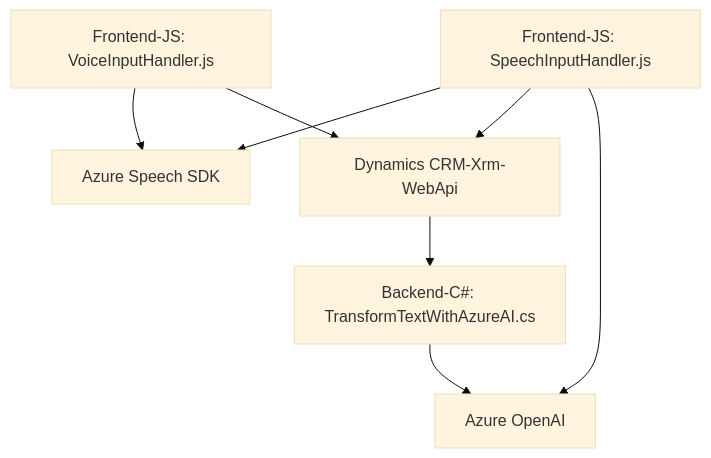
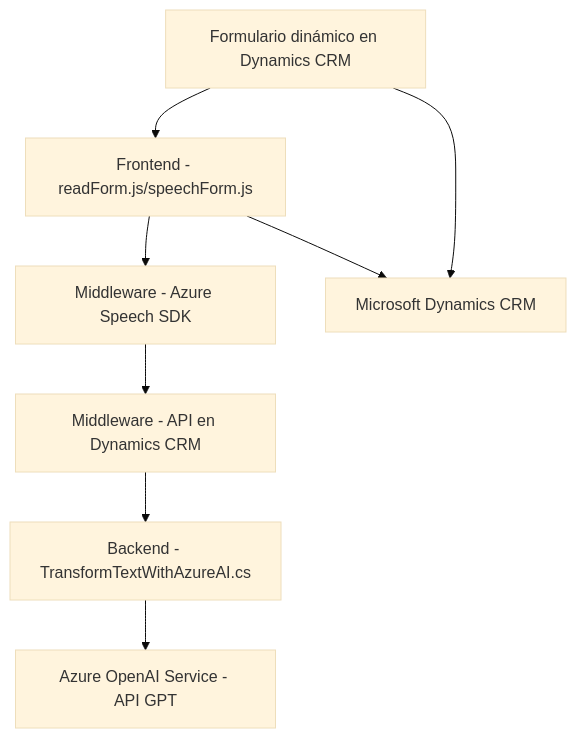
The diagram in README.md (blopezdm/NETCORE_BILBAO2025), drawn with Mermaid (base theme) before and after one commit. The commit also changed other lines of this file, not shown here.

````diff
--- a/README.md
+++ b/README.md
@@ -33,17 +39,18 @@
 ```mermaid
 graph TD
-    A["Frontend-JS: VoiceInputHandler.js"]
-    B["Frontend-JS: SpeechInputHandler.js"]
-    C["Backend-C#: TransformTextWithAzureAI.cs"]
-    D["Azure Speech SDK"]
-    E["Azure OpenAI"]
-    F["Dynamics CRM-Xrm-WebApi"]
+    A["Frontend - readForm.js/speechForm.js"]
+    B["Middleware - Azure Speech SDK"]
+    C["Middleware - API en Dynamics CRM"]
+    D["Backend - TransformTextWithAzureAI.cs"]
+    E["Azure OpenAI Service - API GPT"]
+    F["Microsoft Dynamics CRM"]
+    G["Formulario dinámico en Dynamics CRM"]
 
-    A --> D
-    B --> D
+    A --> B
     A --> F
-    B --> F
-    B --> E
-    C --> E
-    F --> C
+    B --> C
+    C --> D
+    D --> E
+    G --> A
+    G --> F
 ```
````
